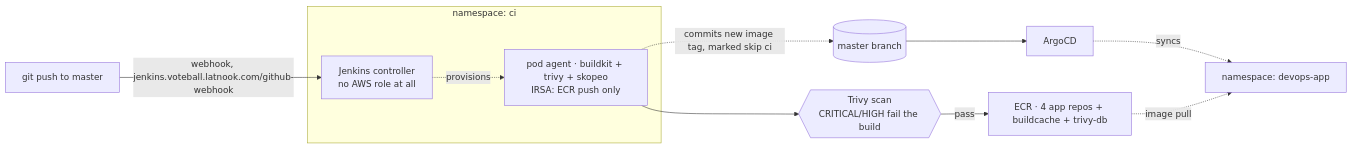
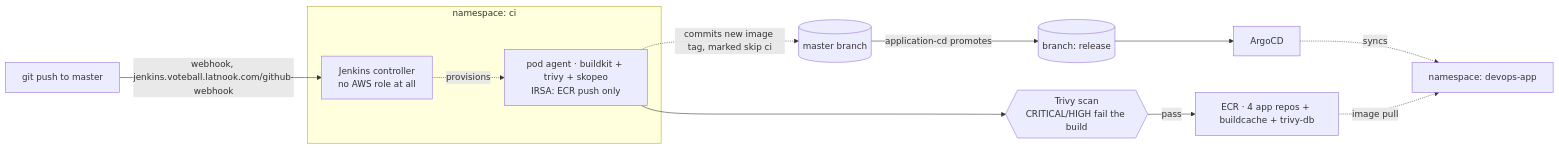
Before and after one commit to Latnook/voteball: the fourth of 6 diagrams in docs/eks/architecture.md, drawn with Mermaid. The commit also changed other lines of this file and 4 other files, not shown here.

````diff
--- a/docs/eks/architecture.md
+++ b/docs/eks/architecture.md
@@ -204,16 +204,17 @@
 ```mermaid
 flowchart LR
     push[git push to master] -->|webhook, jenkins.voteball.latnook.com/github-webhook| jenkins
 
     subgraph ci["namespace: ci"]
         jenkins[Jenkins controller<br/>no AWS role at all]
         agent[pod agent · buildkit + trivy + skopeo<br/>IRSA: ECR push only]
         jenkins -.->|provisions| agent
     end
 
     agent --> trivy{{Trivy scan<br/>CRITICAL/HIGH fail the build}}
     trivy -->|pass| ecr[ECR · 4 app repos + buildcache + trivy-db]
     agent -.->|commits new image tag, marked skip ci| master[(master branch)]
-    master --> argocd[ArgoCD] -.->|syncs| ns[namespace: devops-app]
+    master -->|application-cd promotes| release[(branch: release)]
+    release --> argocd[ArgoCD] -.->|syncs| ns[namespace: devops-app]
     ecr -.->|image pull| ns
 ```
````
